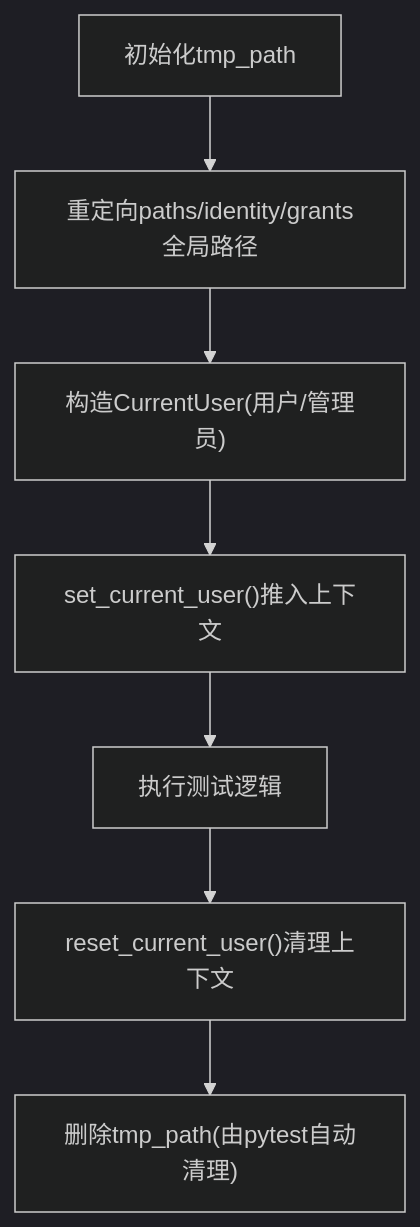
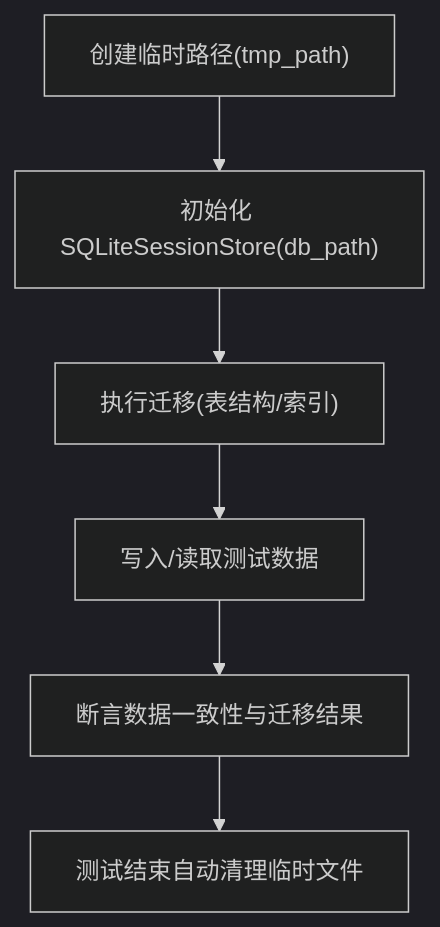
One commit to gongzili456/DeepTutor changed the fifth of 9 diagrams in .qoder/repowiki/zh/content/测试策略/集成测试.md. Above: the diagram before and after it, drawn with Mermaid (dark theme). The commit also changed other lines of this file and 1242 other files, not shown here.

````diff
--- a/.qoder/repowiki/zh/content/测试策略/集成测试.md
+++ b/.qoder/repowiki/zh/content/测试策略/集成测试.md
@@ -206,9 +223,8 @@
 ```mermaid
 flowchart TD
-Init["初始化tmp_path"] --> PatchPaths["重定向paths/identity/grants全局路径"]
-PatchPaths --> MakeUser["构造CurrentUser(用户/管理员)"]
-MakeUser --> SetCtx["set_current_user()推入上下文"]
-SetCtx --> RunTest["执行测试逻辑"]
-RunTest --> ResetCtx["reset_current_user()清理上下文"]
-ResetCtx --> Cleanup["删除tmp_path(由pytest自动清理)"]
+Setup["创建临时路径(tmp_path)"] --> CreateDB["初始化 SQLiteSessionStore(db_path)"]
+CreateDB --> RunMigration["执行迁移(表结构/索引)"]
+RunMigration --> TestData["写入/读取测试数据"]
+TestData --> AssertData["断言数据一致性与迁移结果"]
+AssertData --> Cleanup["测试结束自动清理临时文件"]
 ```
````
